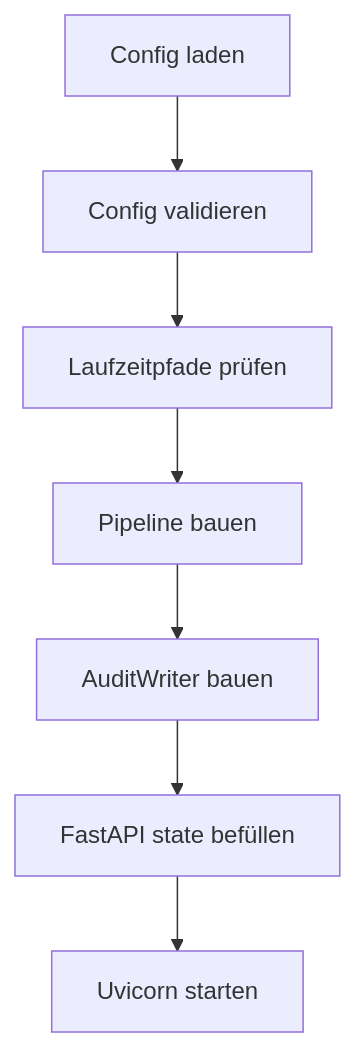
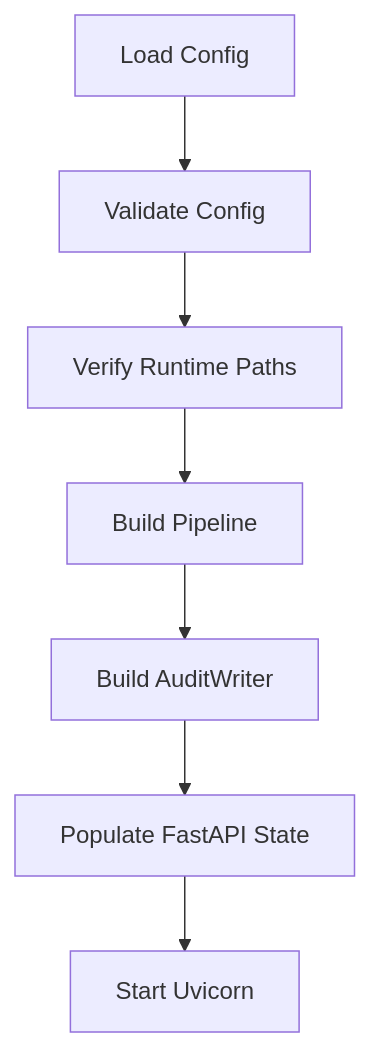
The diagram in Docs/05-proxy-and-operations.md (max-dingsda/MDAL), drawn with Mermaid before and after one commit. The commit also changed other lines of this file and 82 other files, not shown here.

````diff
--- a/Docs/05-proxy-and-operations.md
+++ b/Docs/05-proxy-and-operations.md
@@ -39,9 +39,9 @@
 ```mermaid
 flowchart TD
-    A[Config laden] --> B[Config validieren]
-    B --> C[Laufzeitpfade prüfen]
-    C --> D[Pipeline bauen]
-    D --> E[AuditWriter bauen]
-    E --> F[FastAPI state befüllen]
-    F --> G[Uvicorn starten]
+    A[Load Config] --> B[Validate Config]
+    B --> C[Verify Runtime Paths]
+    C --> D[Build Pipeline]
+    D --> E[Build AuditWriter]
+    E --> F[Populate FastAPI State]
+    F --> G[Start Uvicorn]
 ```
````
